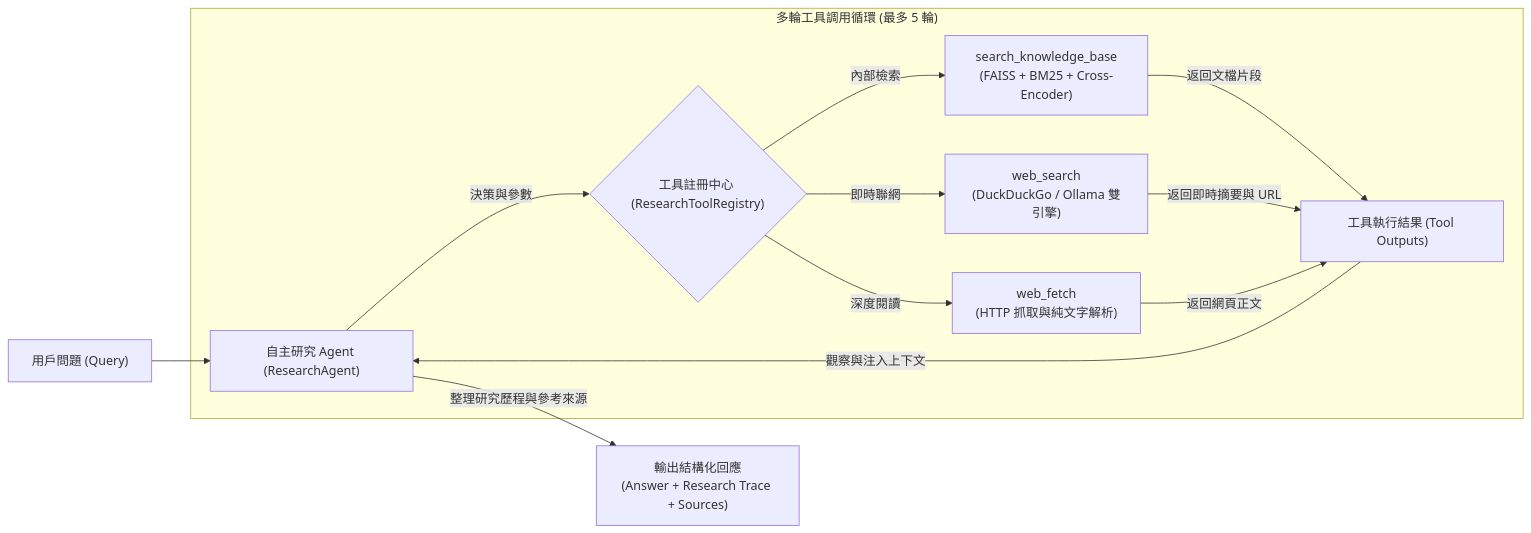
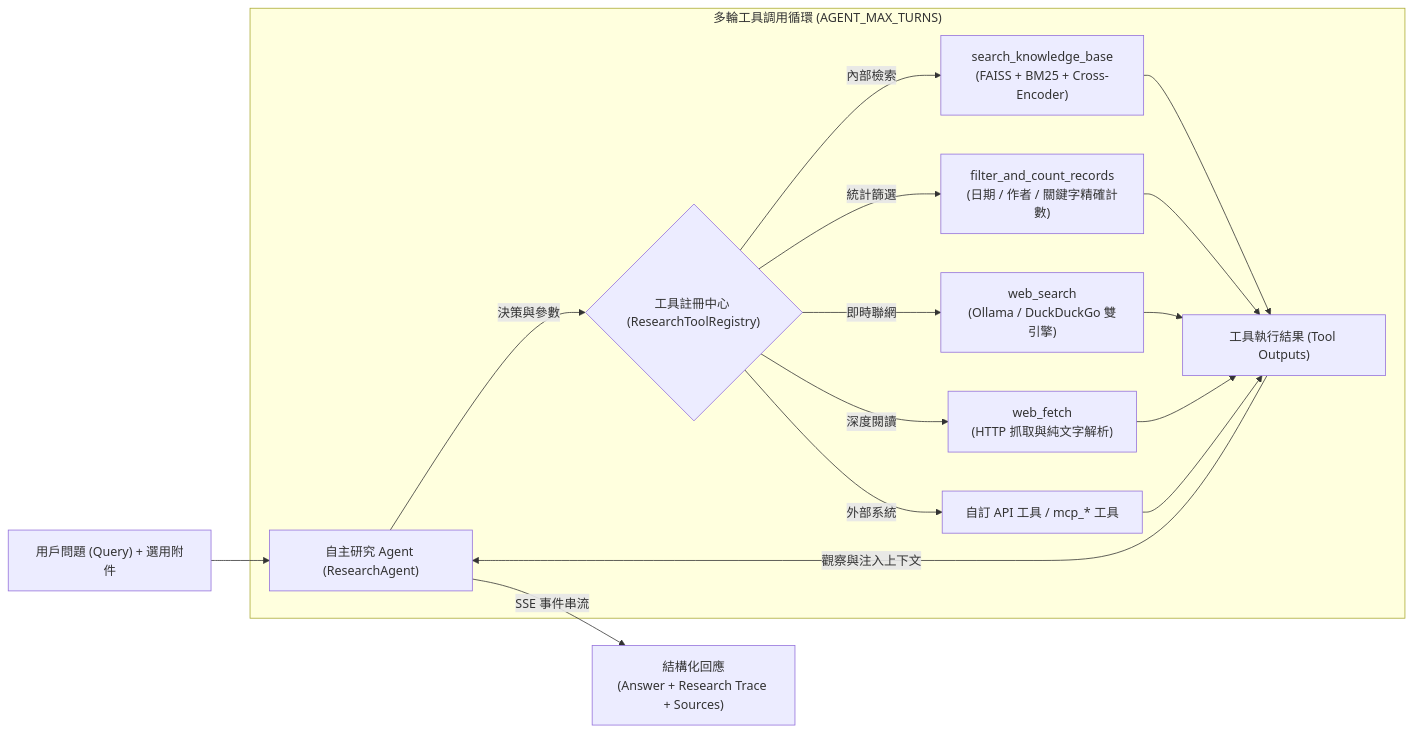
The fourth of 6 diagrams in docs/architecture.md (Scorpio-meow/AskMiao), drawn with Mermaid before and after one commit. The commit also changed other lines of this file and 15 other files, not shown here.

````diff
--- a/docs/architecture.md
+++ b/docs/architecture.md
@@ -117,18 +150,22 @@
 ```mermaid
 flowchart LR
-    UserQuery["用戶問題 (Query)"] --> Agent["自主研究 Agent (ResearchAgent)"]
-    
-    subgraph ToolLoop ["多輪工具調用循環 (最多 5 輪)"]
+    UserQuery["用戶問題 (Query) + 選用附件"] --> Agent["自主研究 Agent (ResearchAgent)"]
+
+    subgraph ToolLoop ["多輪工具調用循環 (AGENT_MAX_TURNS)"]
         Agent -->|決策與參數| Tools{"工具註冊中心 (ResearchToolRegistry)"}
-        Tools -->|內部檢索| LocalRAG["search_knowledge_base\n(FAISS + BM25 + Cross-Encoder)"]
-        Tools -->|即時聯網| WebSearch["web_search\n(DuckDuckGo / Ollama 雙引擎)"]
-        Tools -->|深度閱讀| WebFetch["web_fetch\n(HTTP 抓取與純文字解析)"]
-        
-        LocalRAG -->|返回文檔片段| ToolResult["工具執行結果 (Tool Outputs)"]
-        WebSearch -->|返回即時摘要與 URL| ToolResult
-        WebFetch -->|返回網頁正文| ToolResult
+        Tools -->|內部檢索| LocalRAG["search_knowledge_base<br/>(FAISS + BM25 + Cross-Encoder)"]
+        Tools -->|統計篩選| Filter["filter_and_count_records<br/>(日期 / 作者 / 關鍵字精確計數)"]
+        Tools -->|即時聯網| WebSearch["web_search<br/>(Ollama / DuckDuckGo 雙引擎)"]
+        Tools -->|深度閱讀| WebFetch["web_fetch<br/>(HTTP 抓取與純文字解析)"]
+        Tools -->|外部系統| Extern["自訂 API 工具 / mcp_* 工具"]
+
+        LocalRAG --> ToolResult["工具執行結果 (Tool Outputs)"]
+        Filter --> ToolResult
+        WebSearch --> ToolResult
+        WebFetch --> ToolResult
+        Extern --> ToolResult
         ToolResult -->|觀察與注入上下文| Agent
     end
 
-    Agent -->|整理研究歷程與參考來源| FinalAnswer["輸出結構化回應\n(Answer + Research Trace + Sources)"]
+    Agent -->|SSE 事件串流| FinalAnswer["結構化回應<br/>(Answer + Research Trace + Sources)"]
 ```
````
